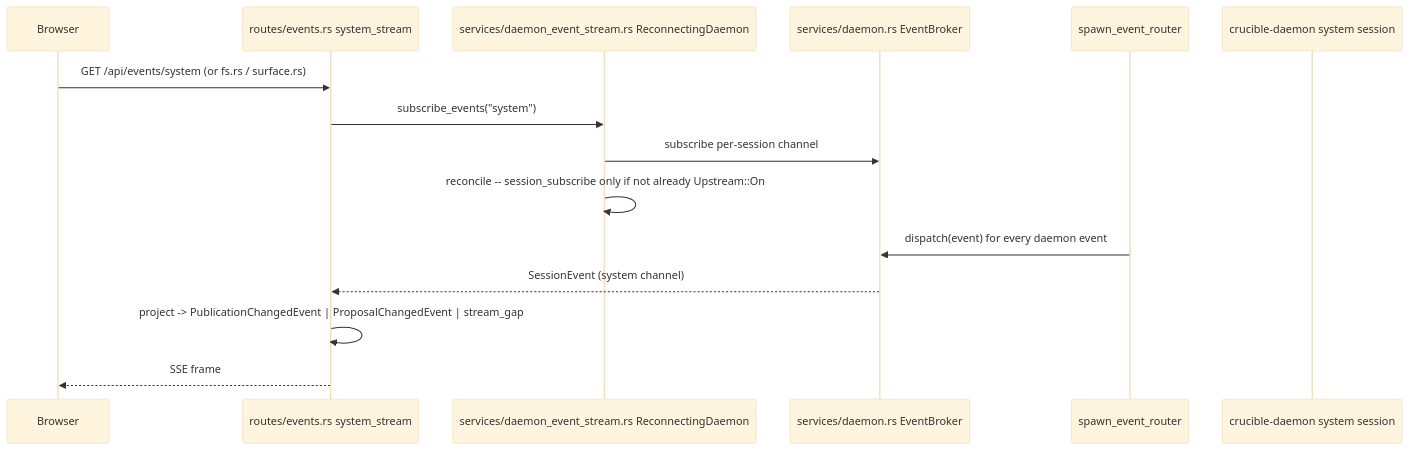
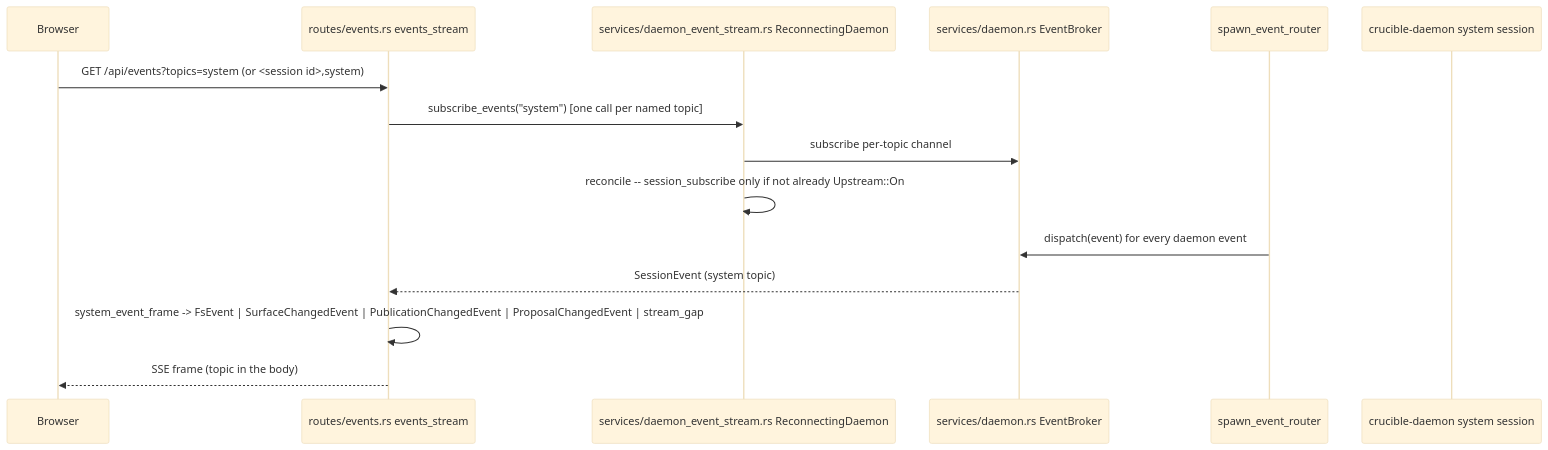
Diagram 12 of 12 in docs/Meta/Architecture/Data Flows.md (Mootikins/crucible), drawn with Mermaid (base theme) before and after one commit. The commit also changed other lines of this file and 13 other files, not shown here.

First line of the commit message:
refactor(web): serve one SSE route for chat, fs, surfaces and system

````diff
--- a/docs/Meta/Architecture/Data Flows.md
+++ b/docs/Meta/Architecture/Data Flows.md
@@ -875,18 +886,18 @@
 ```mermaid
 sequenceDiagram
     participant Browser
-    participant Route as routes/events.rs system_stream
+    participant Route as routes/events.rs events_stream
     participant RD as services/daemon_event_stream.rs ReconnectingDaemon
     participant EB as services/daemon.rs EventBroker
     participant Router as spawn_event_router
     participant Daemon as crucible-daemon system session
 
-    Browser->>Route: GET /api/events/system (or fs.rs / surface.rs)
-    Route->>RD: subscribe_events("system")
-    RD->>EB: subscribe per-session channel
+    Browser->>Route: GET /api/events?topics=system (or <session id>,system)
+    Route->>RD: subscribe_events("system") [one call per named topic]
+    RD->>EB: subscribe per-topic channel
     RD->>RD: reconcile -- session_subscribe only if not already Upstream::On
     Router->>EB: dispatch(event) for every daemon event
-    EB-->>Route: SessionEvent (system channel)
-    Route->>Route: project -> PublicationChangedEvent | ProposalChangedEvent | stream_gap
-    Route-->>Browser: SSE frame
+    EB-->>Route: SessionEvent (system topic)
+    Route->>Route: system_event_frame -> FsEvent | SurfaceChangedEvent | PublicationChangedEvent | ProposalChangedEvent | stream_gap
+    Route-->>Browser: SSE frame (topic in the body)
 ```
````
